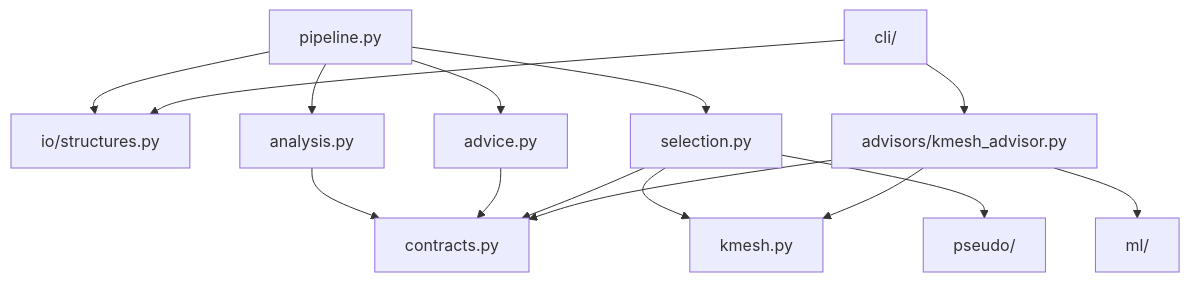
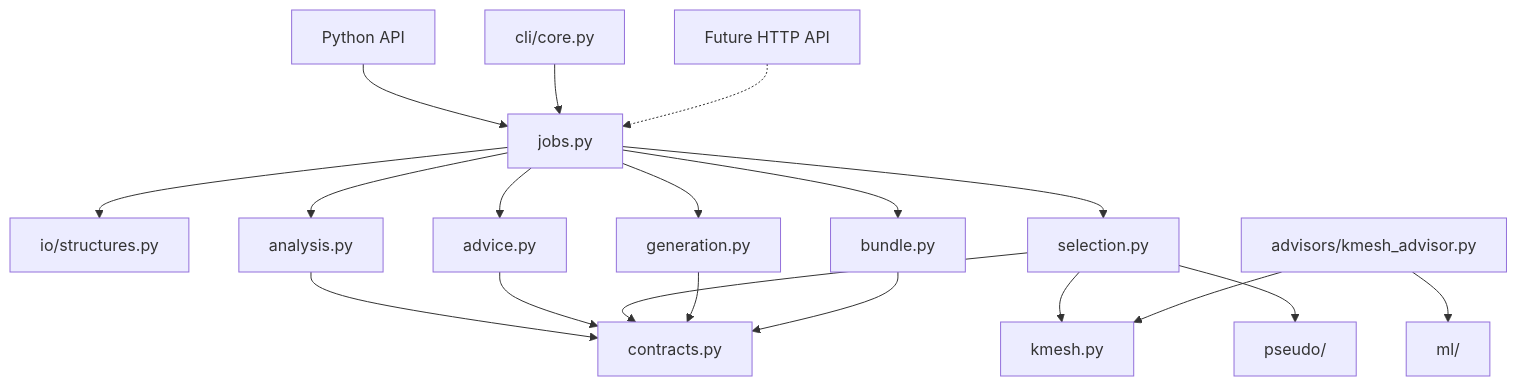
Before and after one commit to stfc/goldilocks-core: the first of 2 diagrams in docs/architecture.md, drawn with Mermaid. The commit also changed other lines of this file and 1 other file, not shown here.

Commit message:
docs(core): document job runner pipeline

````diff
--- a/docs/architecture.md
+++ b/docs/architecture.md
@@ -61,20 +69,24 @@
 ```mermaid
 flowchart TB
-    pipeline["pipeline.py"] --> io["io/structures.py"]
-    pipeline --> analysis["analysis.py"]
-    pipeline --> advice["advice.py"]
-    pipeline --> selection["selection.py"]
+    api["Python API"] --> jobs["jobs.py"]
+    cli["cli/core.py"] --> jobs
+    http["Future HTTP API"] -.-> jobs
+
+    jobs --> io["io/structures.py"]
+    jobs --> analysis["analysis.py"]
+    jobs --> advice["advice.py"]
+    jobs --> selection["selection.py"]
+    jobs --> generation["generation.py"]
+    jobs --> bundle["bundle.py"]
 
     analysis --> contracts["contracts.py"]
     advice --> contracts
     selection --> contracts
+    generation --> contracts
+    bundle --> contracts
+
     selection --> kmesh["kmesh.py"]
     selection --> pseudo["pseudo/"]
-
     advisors["advisors/kmesh_advisor.py"] --> ml["ml/"]
     advisors --> kmesh
-    advisors --> contracts
-
-    cli["cli/"] --> advisors
-    cli --> io
 ```
````
